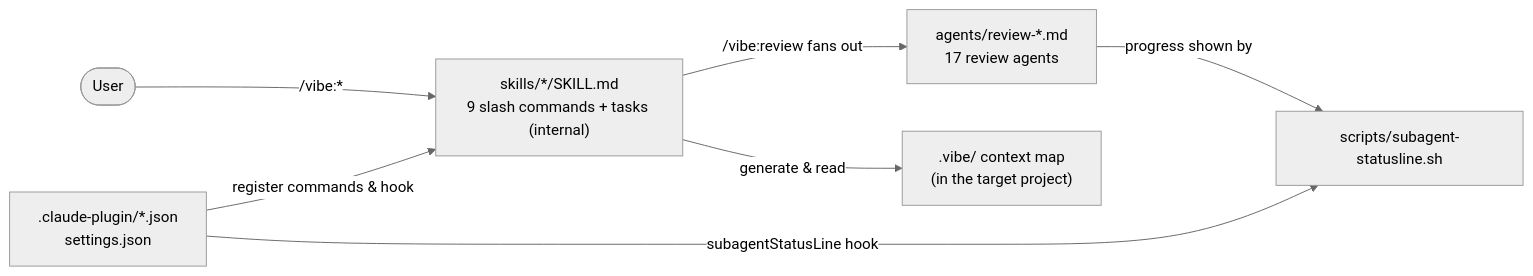
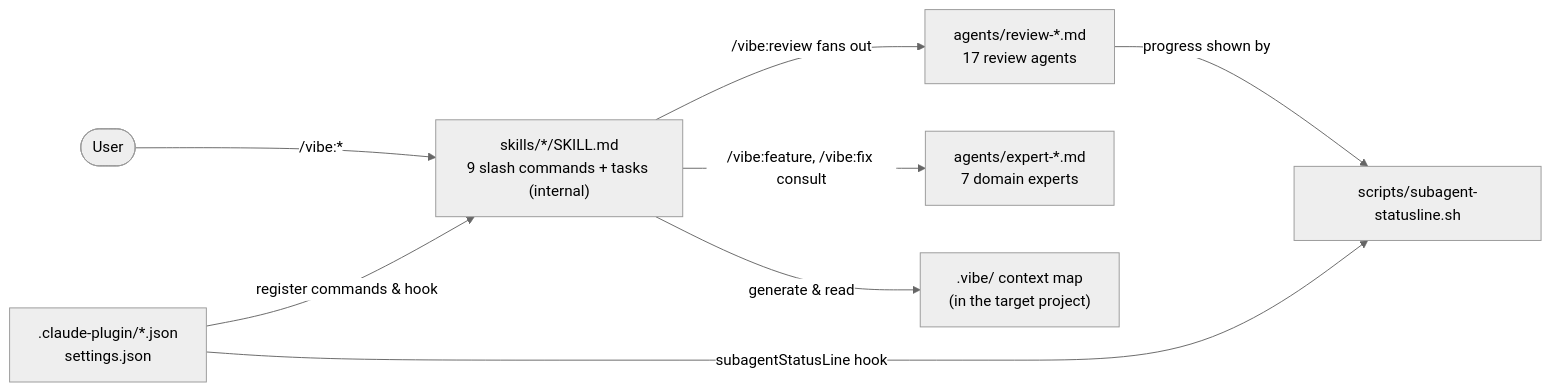
One commit to neolao/claude-plugin-vibe changed the diagram in docs/architecture.md. Above: the diagram before and after it, drawn with Mermaid (neutral theme). The commit also changed other lines of this file and 4 other files, not shown here.

````diff
--- a/docs/architecture.md
+++ b/docs/architecture.md
@@ -23,9 +24,10 @@
 ```mermaid
 flowchart LR
     user([User]) -- "/vibe:*" --> skills["skills/*/SKILL.md<br/>9 slash commands + tasks (internal)"]
     skills -- "/vibe:review fans out" --> agents["agents/review-*.md<br/>17 review agents"]
+    skills -- "/vibe:feature, /vibe:fix consult" --> experts["agents/expert-*.md<br/>7 domain experts"]
     skills -- "generate & read" --> vibe[".vibe/ context map<br/>(in the target project)"]
     manifests[".claude-plugin/*.json<br/>settings.json"] -- "register commands & hook" --> skills
     manifests -- "subagentStatusLine hook" --> statusline["scripts/subagent-statusline.sh"]
     agents -- "progress shown by" --> statusline
 ```
````
